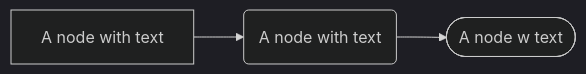
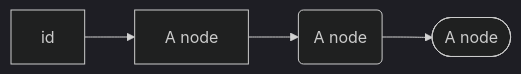
The first of 6 diagrams in mermaid/Examples/Graphs.md (bigtoga/Examples), drawn with Mermaid (dark theme) before and after one commit. The commit also changed other lines of this file, not shown here.

````diff
--- a/mermaid/Examples/Graphs.md
+++ b/mermaid/Examples/Graphs.md
@@ -29,4 +16,4 @@
 ```mermaid
 graph LR
-    id1[A node with text] --> id2(A node with text) --> id3([A node w text])
+    id --> id1[A node ] --> id2(A node) --> id3([A node])
 ```
````
